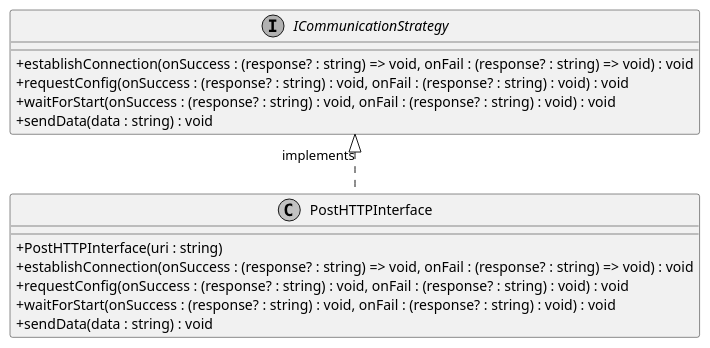
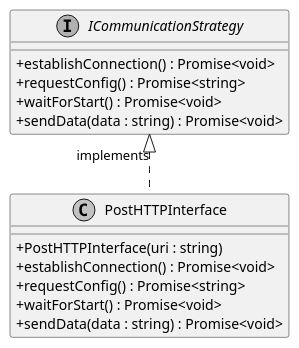
The diagram in documents/sd/plantuml/application/BrowserExtension/BackGround/PostHTTPInterface.puml (insightmind/MORR), drawn with PlantUML before and after one commit. The commit also changed 3 other files, not shown here.

Commit message:
Updated plantUML to reflect changes made in puml *.puml

```diff
--- a/documents/sd/plantuml/application/BrowserExtension/BackGround/PostHTTPInterface.puml
+++ b/documents/sd/plantuml/application/BrowserExtension/BackGround/PostHTTPInterface.puml
@@ -1,20 +1,20 @@
 @startuml
 skinparam linetype ortho
 skinparam monochrome true
 skinparam classAttributeIconSize 0
 
 interface ICommunicationStrategy {
-    + establishConnection(onSuccess : (response? : string) => void, onFail : (response? : string) => void) : void
-    + requestConfig(onSuccess : (response? : string) : void, onFail : (response? : string) : void) : void
-    + waitForStart(onSuccess : (response? : string) : void, onFail : (response? : string) : void) : void
-    + sendData(data : string) : void
+    + establishConnection() : Promise<void>
+    + requestConfig() : Promise<string>
+    + waitForStart() : Promise<void>
+    + sendData(data : string) : Promise<void>
 }
 class PostHTTPInterface {
     + PostHTTPInterface(uri : string)
-    + establishConnection(onSuccess : (response? : string) => void, onFail : (response? : string) => void) : void
-    + requestConfig(onSuccess : (response? : string) : void, onFail : (response? : string) : void) : void
-    + waitForStart(onSuccess : (response? : string) : void, onFail : (response? : string) : void) : void
-    + sendData(data : string) : void
+    + establishConnection() : Promise<void>
+    + requestConfig() : Promise<string>
+    + waitForStart() : Promise<void>
+    + sendData(data : string) : Promise<void>
 }
 PostHTTPInterface .UP.|> ICommunicationStrategy : implements
 @enduml
```
